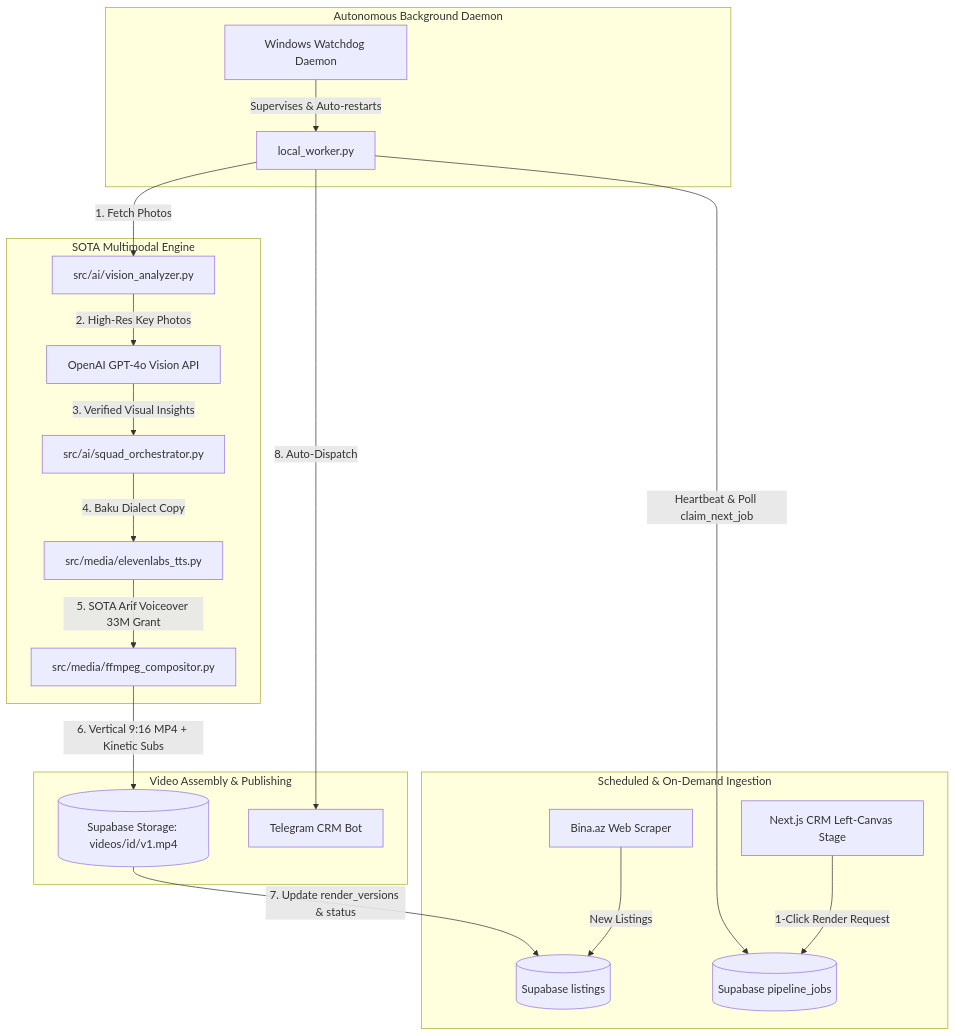
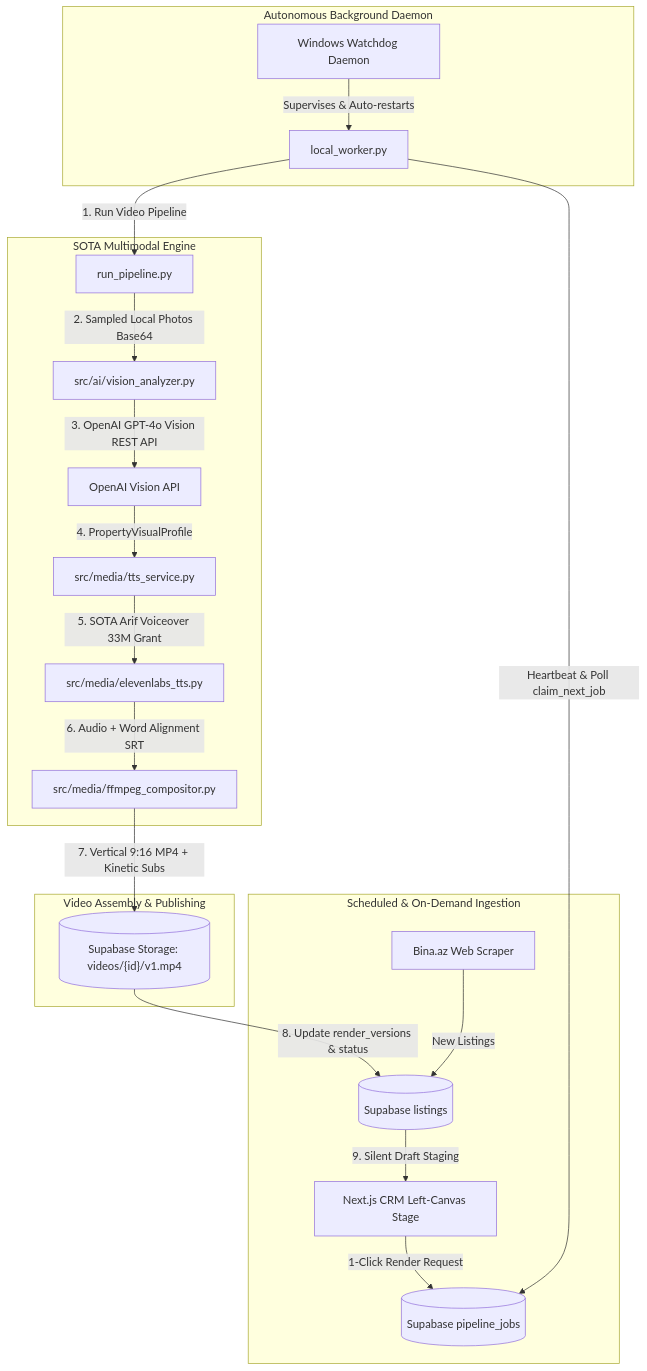
One commit to fxbluster/BakuEstate-AI changed the diagram in docs/designs/video_pipeline_multimodal_engine.md. Above: the diagram before and after it, drawn with Mermaid. The commit also changed other lines of this file and 1 other file, not shown here.

Commit message:
docs(design): apply egm-review-loop fixes for video pipeline multimodal engine

````diff
--- a/docs/designs/video_pipeline_multimodal_engine.md
+++ b/docs/designs/video_pipeline_multimodal_engine.md
@@ -83,26 +80,27 @@
 ```mermaid
 flowchart TD
-    subgraph Scheduled & On-Demand Ingestion
-        A[Bina.az Web Scraper] -->|New Listings| B[(Supabase listings)]
-        CRM[Next.js CRM Left-Canvas Stage] -->|1-Click Render Request| Q[(Supabase pipeline_jobs)]
+    subgraph Ingestion ["Scheduled & On-Demand Ingestion"]
+        A["Bina.az Web Scraper"] -->|New Listings| B[("Supabase listings")]
+        CRM["Next.js CRM Left-Canvas Stage"] -->|1-Click Render Request| Q[("Supabase pipeline_jobs")]
     end
 
-    subgraph Autonomous Background Daemon
-        W[Windows Watchdog Daemon] -->|Supervises & Auto-restarts| LW[local_worker.py]
+    subgraph Daemon ["Autonomous Background Daemon"]
+        W["Windows Watchdog Daemon"] -->|Supervises & Auto-restarts| LW["local_worker.py"]
         LW -->|Heartbeat & Poll claim_next_job| Q
     end
 
-    subgraph SOTA Multimodal Engine
-        LW -->|1. Fetch Photos| VA[src/ai/vision_analyzer.py]
-        VA -->|2. High-Res Key Photos| OAI[OpenAI GPT-4o Vision API]
-        OAI -->|3. Verified Visual Insights| SG[src/ai/squad_orchestrator.py]
-        SG -->|4. Baku Dialect Copy| TTS[src/media/elevenlabs_tts.py]
-        TTS -->|5. SOTA Arif Voiceover 33M Grant| FF[src/media/ffmpeg_compositor.py]
+    subgraph Engine ["SOTA Multimodal Engine"]
+        LW -->|1. Run Video Pipeline| RP["run_pipeline.py"]
+        RP -->|2. Sampled Local Photos Base64| VA["src/ai/vision_analyzer.py"]
+        VA -->|3. OpenAI GPT-4o Vision REST API| OAI["OpenAI Vision API"]
+        OAI -->|4. PropertyVisualProfile| TS["src/media/tts_service.py"]
+        TS -->|5. SOTA Arif Voiceover 33M Grant| EL["src/media/elevenlabs_tts.py"]
+        EL -->|6. Audio + Word Alignment SRT| FF["src/media/ffmpeg_compositor.py"]
     end
 
-    subgraph Video Assembly & Publishing
-        FF -->|6. Vertical 9:16 MP4 + Kinetic Subs| ST[(Supabase Storage: videos/id/v1.mp4)]
-        ST -->|7. Update render_versions & status| B
-        LW -->|8. Auto-Dispatch| TG[Telegram CRM Bot]
+    subgraph Assembly ["Video Assembly & Publishing"]
+        FF -->|7. Vertical 9:16 MP4 + Kinetic Subs| ST[("Supabase Storage: videos/{id}/v1.mp4")]
+        ST -->|8. Update render_versions & status| B
+        B -->|9. Silent Draft Staging| CRM
     end
 ```
````
